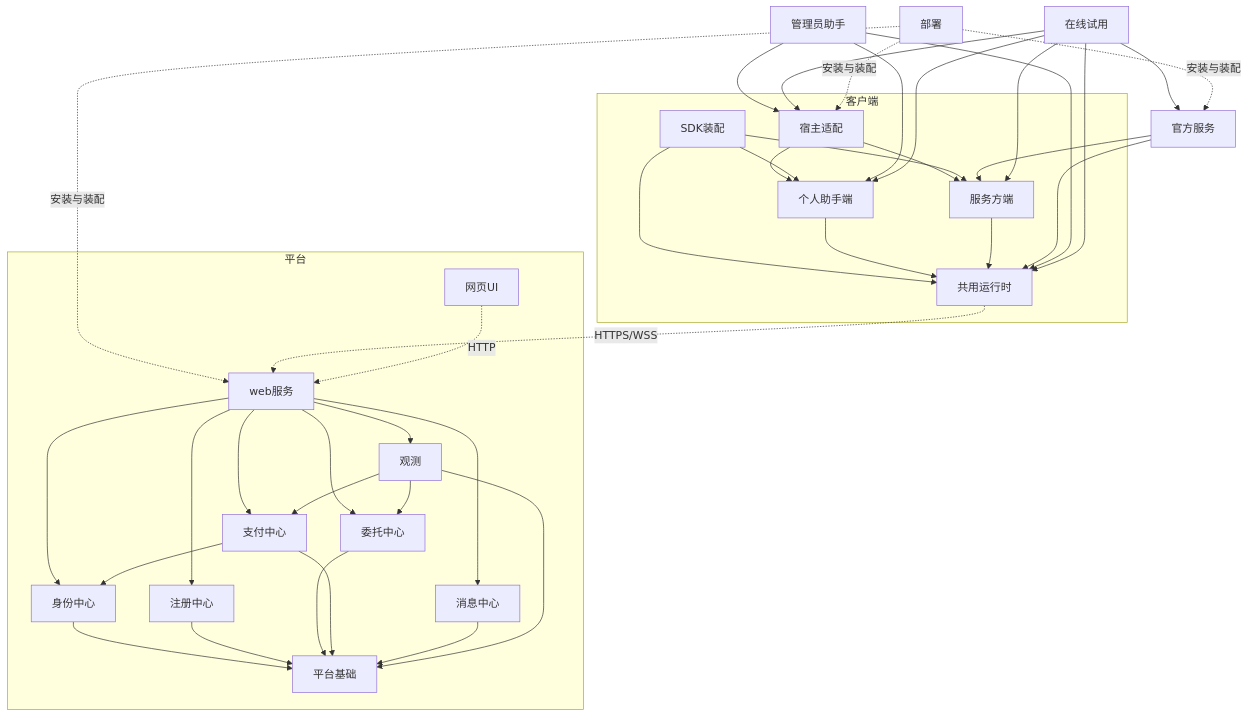
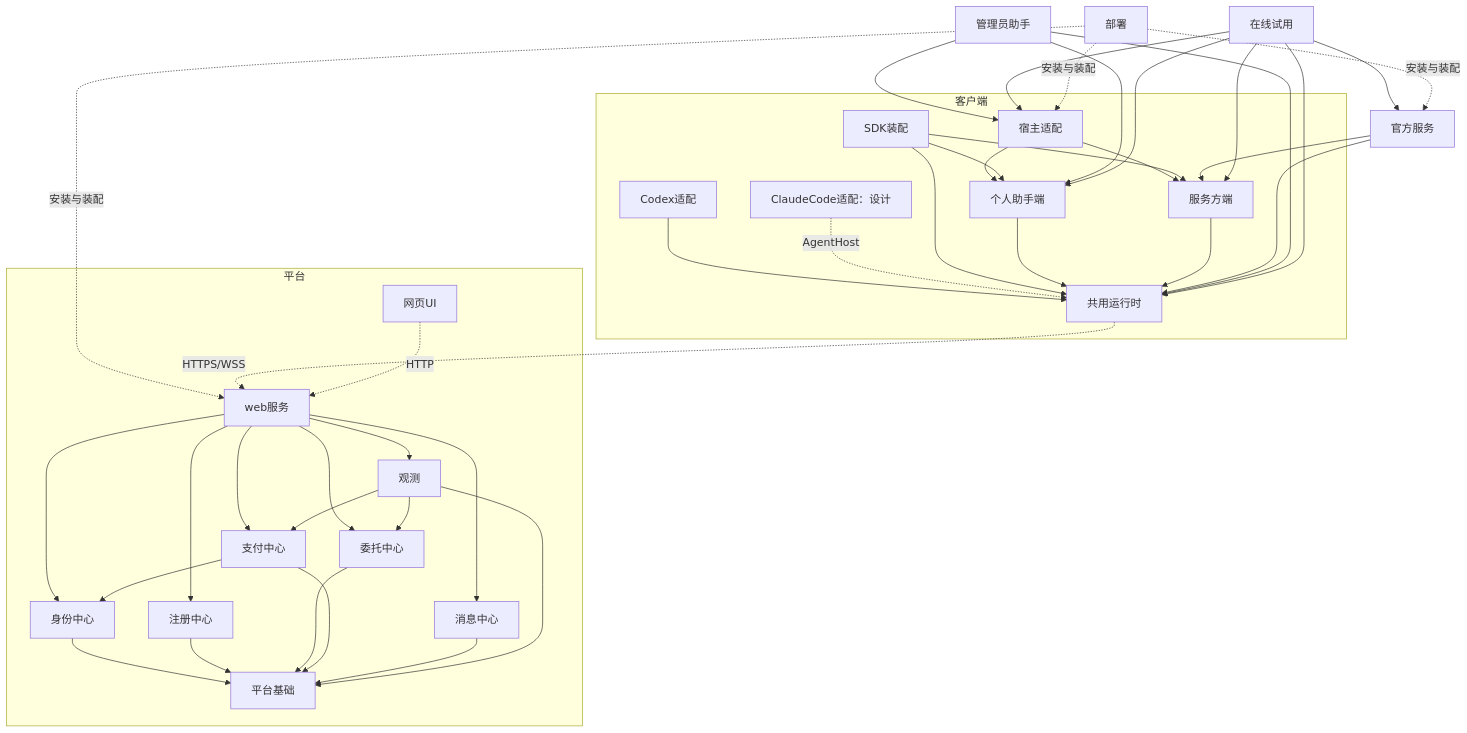
One commit to Weizheng96/Jiuwen-IoA-Lab changed the diagram in 设计/架构.md. Above: the diagram before and after it, drawn with Mermaid. The commit also changed other lines of this file and 42 other files, not shown here.

````diff
--- a/设计/架构.md
+++ b/设计/架构.md
@@ -49,21 +51,23 @@
 ```mermaid
 flowchart TB
     subgraph C[客户端]
         H[宿主适配] --> A[个人助手端] & P[服务方端]
+        CX[Codex适配] --> R
+        CL[ClaudeCode适配：设计] -. AgentHost .-> R
         SA[SDK装配] --> A & P & R
         A --> R[共用运行时]
         P --> R
     end
     O[官方服务] --> P & R
     M[管理员助手] --> A & H & R
     T[在线试用] --> O & H & A & P & R
     Dep[部署] -. 安装与装配 .-> H & O & W
     R -. HTTPS/WSS .-> W
     subgraph S[平台]
         UI[网页UI] -. HTTP .-> W[web服务]
         W --> I[身份中心] & G[注册中心] & D[委托中心] & Pay[支付中心] & Msg[消息中心] & V[观测]
         V --> D & Pay
         Pay --> I
         I & G & D & Pay & Msg & V --> B[平台基础]
     end
 ```
````
